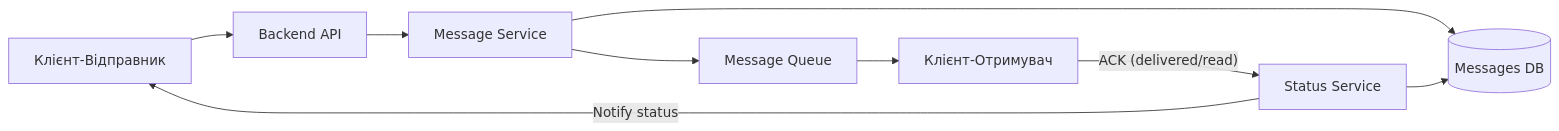
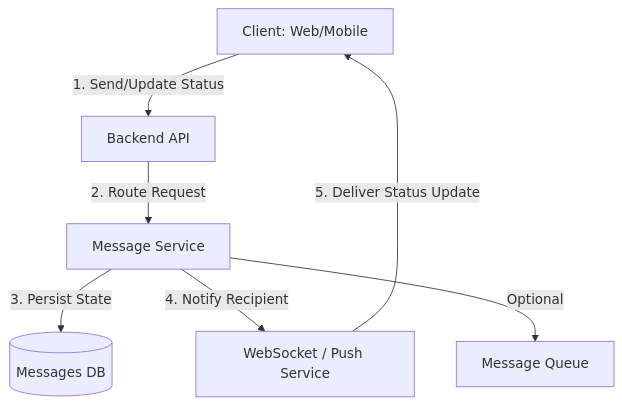
The first of 3 diagrams in README.md (artembaranovsky1/Software-Design-and-Documentation_lab-1.1), drawn with Mermaid before and after one commit. The commit also changed other lines of this file, not shown here.

````diff
--- a/README.md
+++ b/README.md
@@ -4,25 +4,9 @@
 ```mermaid
-graph LR
-    %% Клієнти
-    Sender[Клієнт-Відправник]
-    Receiver[Клієнт-Отримувач]
-
-    %% Основні компоненти
-    API[Backend API]
-    MS[Message Service]
-    SS[Status Service]
-    DB[(Messages DB)]
-    Queue[Message Queue]
-
-    %% Шлях повідомлення
-    Sender --> API
-    API --> MS
-    MS --> DB
-    MS --> Queue
-    Queue --> Receiver
-
-    %% Шлях статусів (ACKs)
-    Receiver -- "ACK (delivered/read)" --> SS
-    SS --> DB
-    SS -- "Notify status" --> Sender
+graph TD
+  Client[Client: Web/Mobile] -- "1. Send/Update Status" --> API[Backend API]
+  API -- "2. Route Request" --> MsgService[Message Service]
+  MsgService -- "3. Persist State" --> DB[(Messages DB)]
+  MsgService -- "4. Notify Recipient" --> WS[WebSocket / Push Service]
+  WS -- "5. Deliver Status Update" --> Client
+  MsgService -- "Optional" --> Queue[Message Queue]
 ```
````
